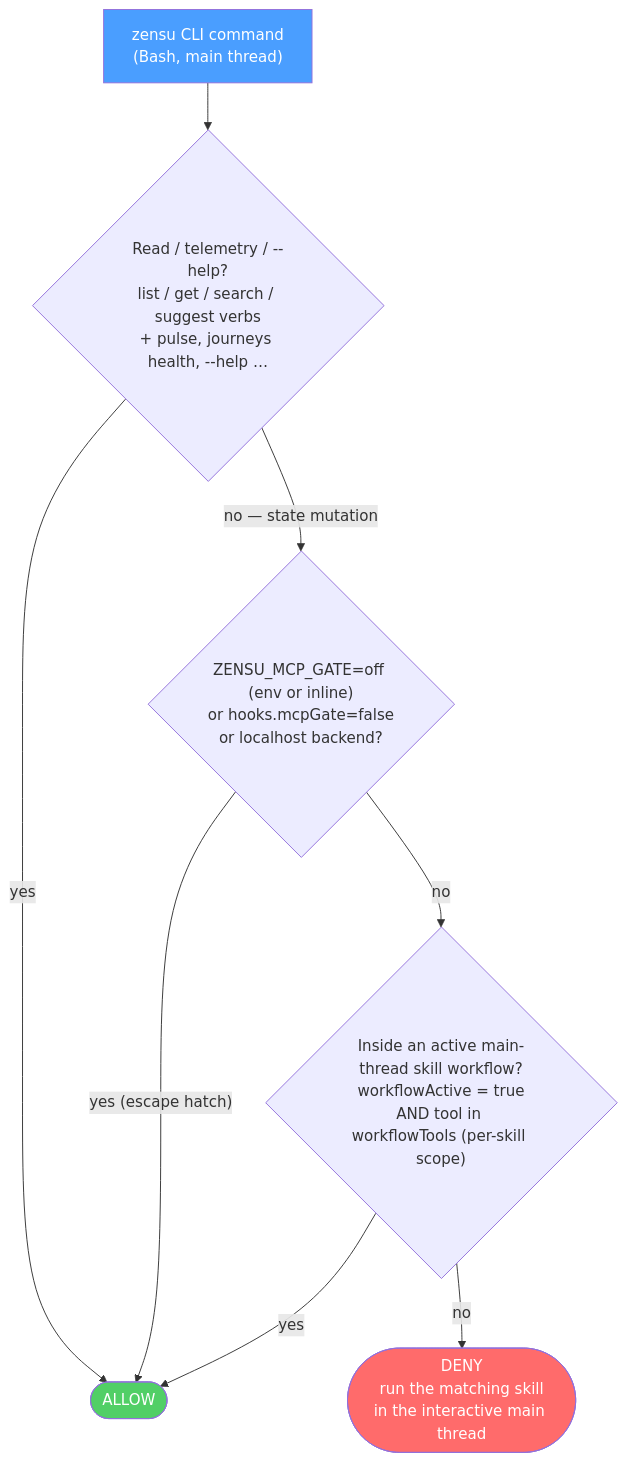
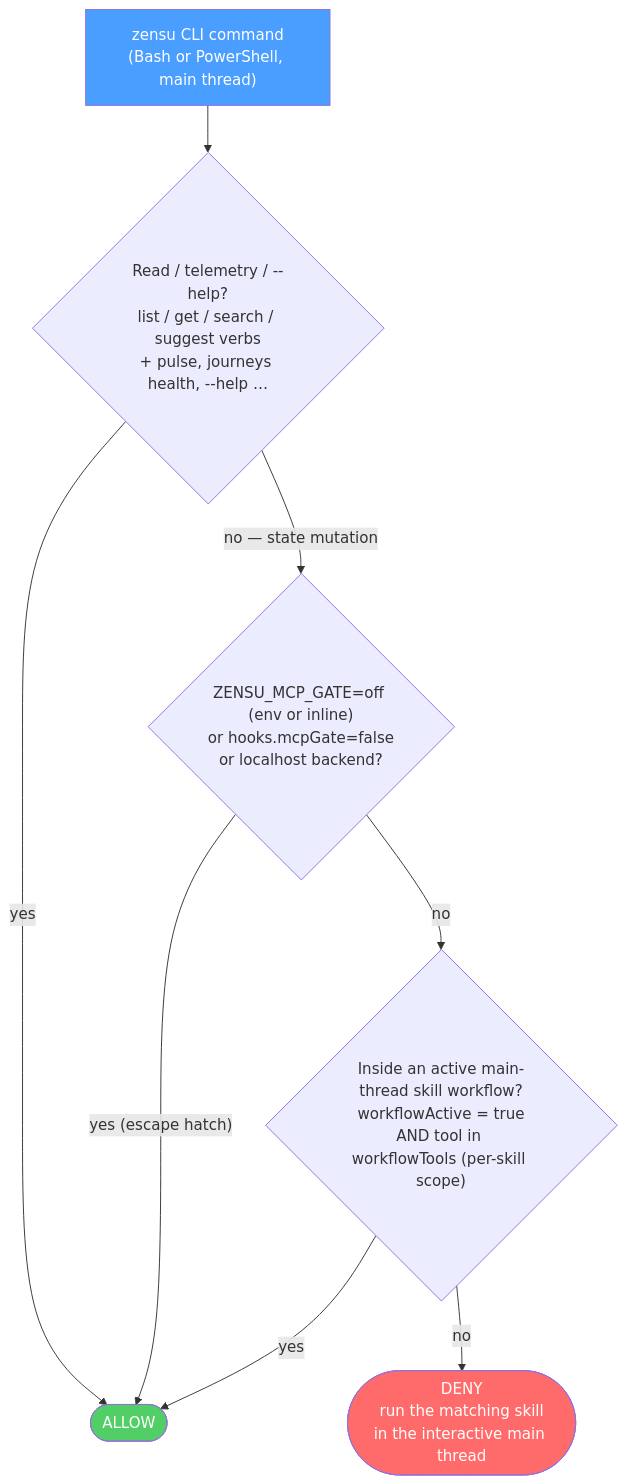
Before and after one commit to MKITConsulting/zensu-claude-code: the diagram in docs/gates.md, drawn with Mermaid. The commit also changed other lines of this file and 58 other files, not shown here.

````diff
--- a/docs/gates.md
+++ b/docs/gates.md
@@ -83,14 +98,14 @@
 ```mermaid
 flowchart TD
-    A["zensu CLI command<br/>(Bash, main thread)"] --> B{"Read / telemetry / --help?<br/>list / get / search / suggest verbs<br/>+ pulse, journeys health, --help …"}
+    A["zensu CLI command<br/>(Bash or PowerShell, main thread)"] --> B{"Read / telemetry / --help?<br/>list / get / search / suggest verbs<br/>+ pulse, journeys health, --help …"}
     B -->|"yes"| ALLOW(["ALLOW"])
     B -->|"no — state mutation"| C{"ZENSU_MCP_GATE=off (env or inline)<br/>or hooks.mcpGate=false<br/>or localhost backend?"}
     C -->|"yes (escape hatch)"| ALLOW
     C -->|"no"| E{"Inside an active main-thread skill workflow?<br/>workflowActive = true<br/>AND tool in workflowTools (per-skill scope)"}
     E -->|"yes"| ALLOW
     E -->|"no"| DENY(["DENY<br/>run the matching skill<br/>in the interactive main thread"])
 
     style A fill:#4a9eff,color:#fff
     style ALLOW fill:#51cf66,color:#fff
     style DENY fill:#ff6b6b,color:#fff
 ```
````
